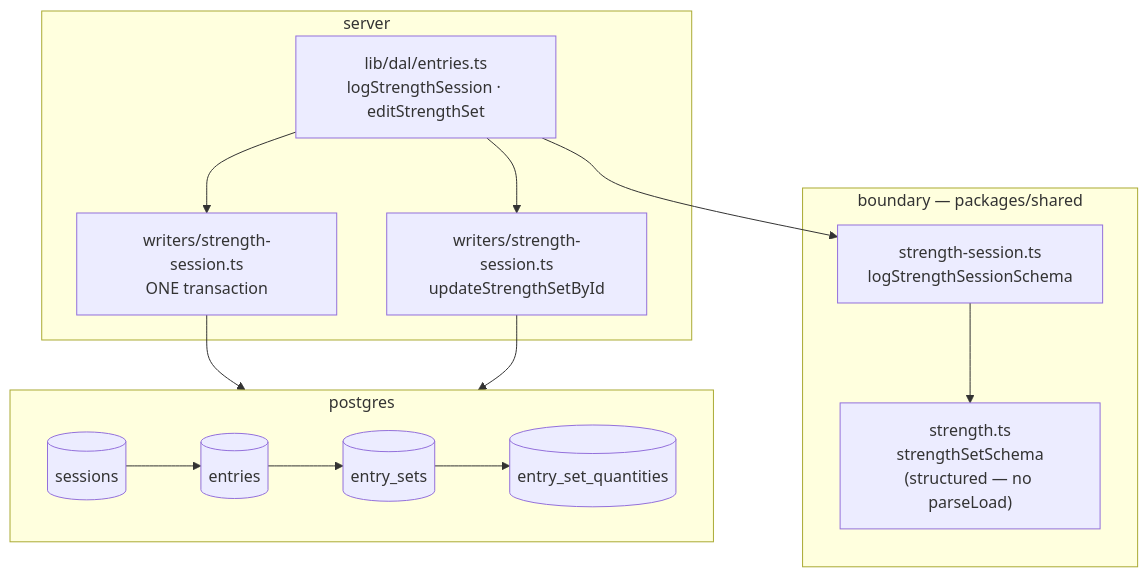
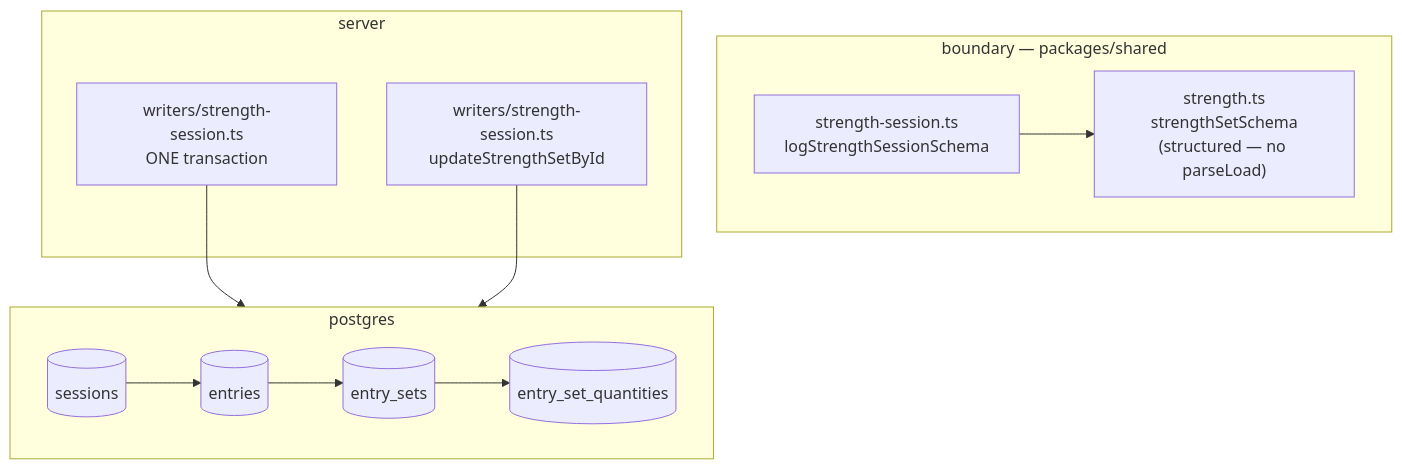
One commit to ralamode/mat-plan changed the diagram in docs/features/strength-logging.md. Above: the diagram before and after it, drawn with Mermaid. The commit also changed other lines of this file and 12 other files, not shown here.

First line of the commit message:
refactor(web): delete the legacy strength DAL, which nothing in the app calls since FAM-1 12f (#815)

````diff
--- a/docs/features/strength-logging.md
+++ b/docs/features/strength-logging.md
@@ -59,21 +60,20 @@
 ```mermaid
 flowchart TD
   subgraph boundary["boundary — packages/shared"]
     SETSCHEMA["strength.ts<br/>strengthSetSchema<br/>(structured — no parseLoad)"]
     SESSIONSCHEMA["strength-session.ts<br/>logStrengthSessionSchema"]
   end
 
   subgraph server["server"]
-    DAL["lib/dal/entries.ts<br/>logStrengthSession · editStrengthSet"]
     WRITER["writers/strength-session.ts<br/>ONE transaction"]
     EDIT["writers/strength-session.ts<br/>updateStrengthSetById"]
   end
 
   subgraph db["postgres"]
     SESS[(sessions)] --> ENT[(entries)] --> SETS[(entry_sets)] --> QTY[(entry_set_quantities)]
   end
 
-  DAL --> SESSIONSCHEMA --> SETSCHEMA
-  DAL --> WRITER --> db
-  DAL --> EDIT --> db
+  SESSIONSCHEMA --> SETSCHEMA
+  WRITER --> db
+  EDIT --> db
 ```
````
